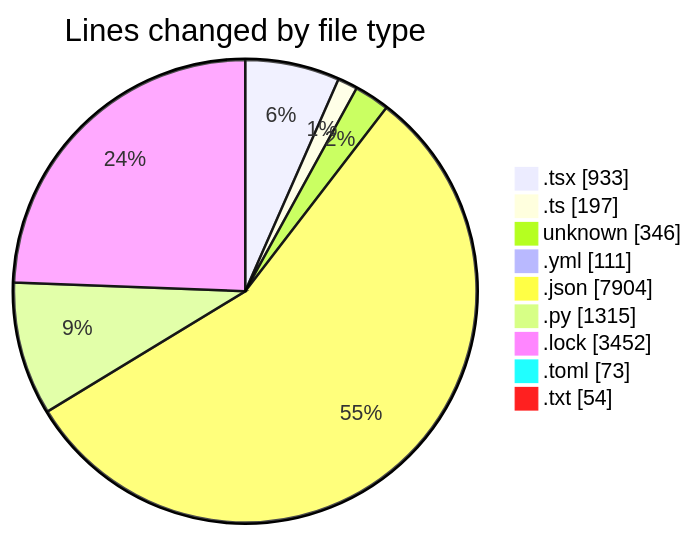
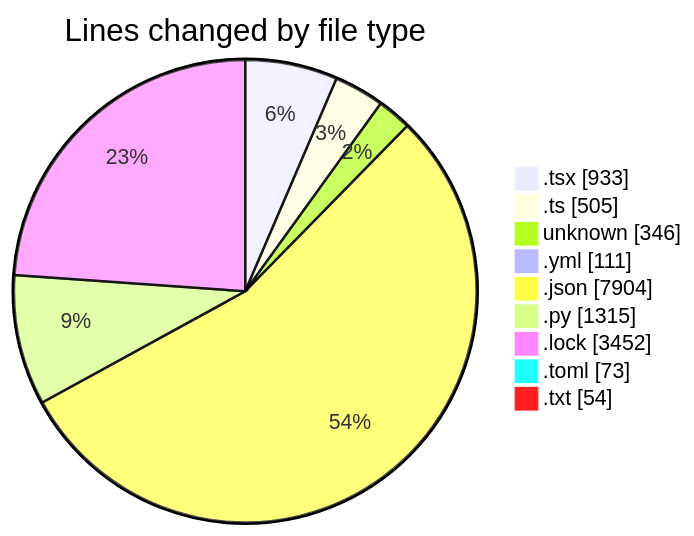
One commit to Elitesun/code-tracking changed the first of 2 diagrams in 2025-05-20/niten/README.md. Above: the diagram before and after it, drawn with Mermaid. The commit also changed other lines of this file and 1 other file, not shown here.

````diff
--- a/2025-05-20/niten/README.md
+++ b/2025-05-20/niten/README.md
@@ -49,13 +51,13 @@
 ```mermaid
 pie showData
 title Lines changed by file type
 ".tsx" : 933
-".ts" : 197
+".ts" : 505
 "unknown" : 346
 ".yml" : 111
 ".json" : 7904
 ".py" : 1315
 ".lock" : 3452
 ".toml" : 73
 ".txt" : 54
 ```
````
